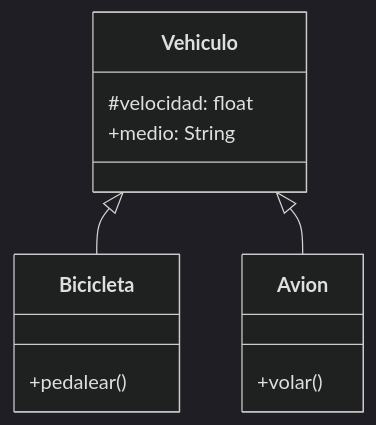
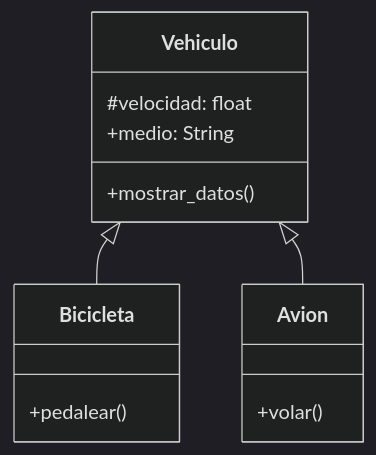
One commit to StephanieApaza/psg-oop-2025 changed the diagram in retos_sesion_05/ejercicio_01.md. Above: the diagram before and after it, drawn with Mermaid (dark theme).

Commit message:
Agregando mostrar_datos() en la clase Vehiculo

````diff
--- a/retos_sesion_05/ejercicio_01.md
+++ b/retos_sesion_05/ejercicio_01.md
@@ -40,15 +40,16 @@
 ```mermaid
 classDiagram
     class Vehiculo {
         #velocidad: float
         +medio: String
+        +mostrar_datos()
     }
     class Bicicleta {
         +pedalear()
     }
     class Avion {
         +volar()
     }
     Vehiculo <|-- Bicicleta
     Vehiculo <|-- Avion
 ```
````
